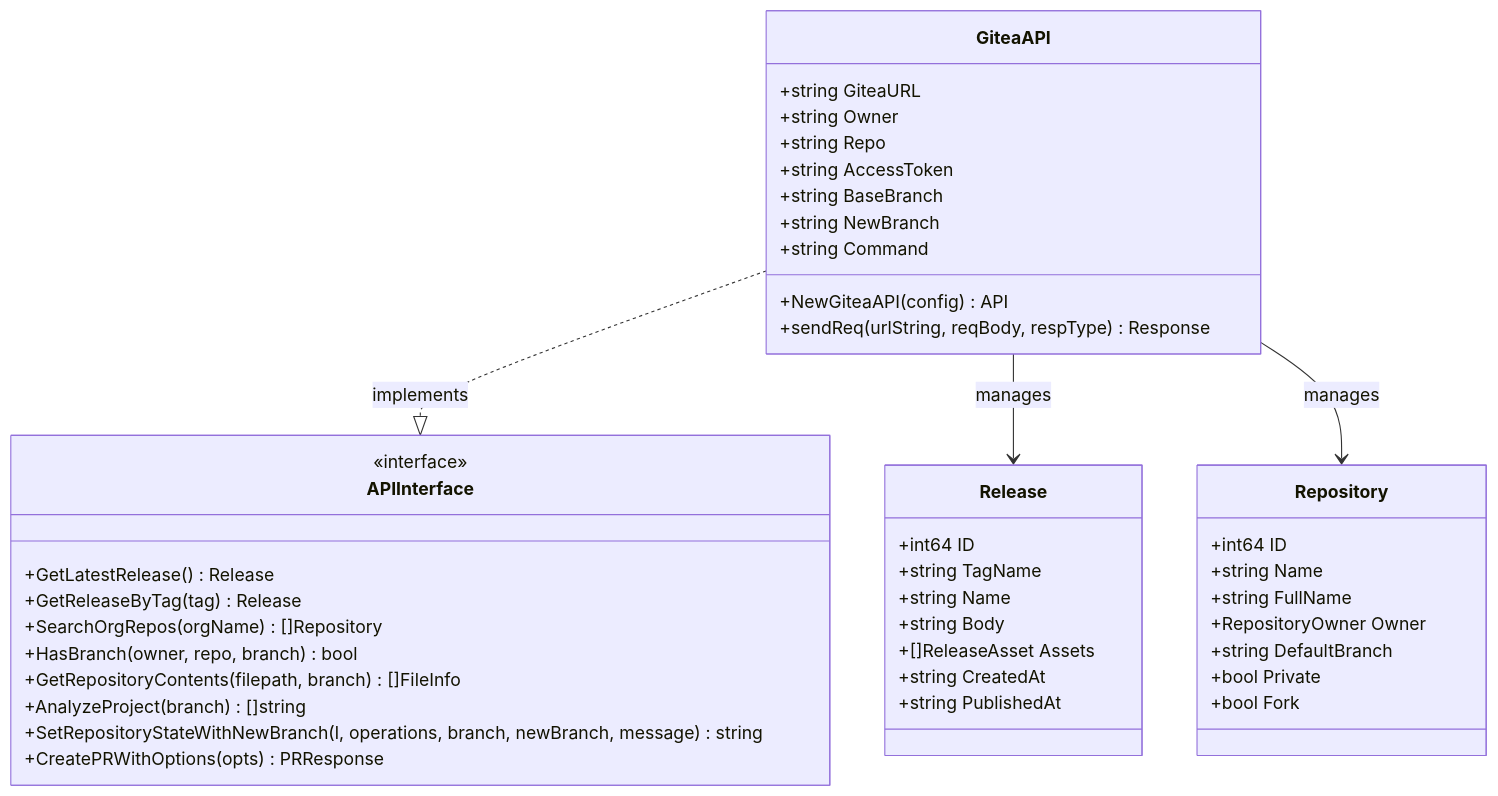
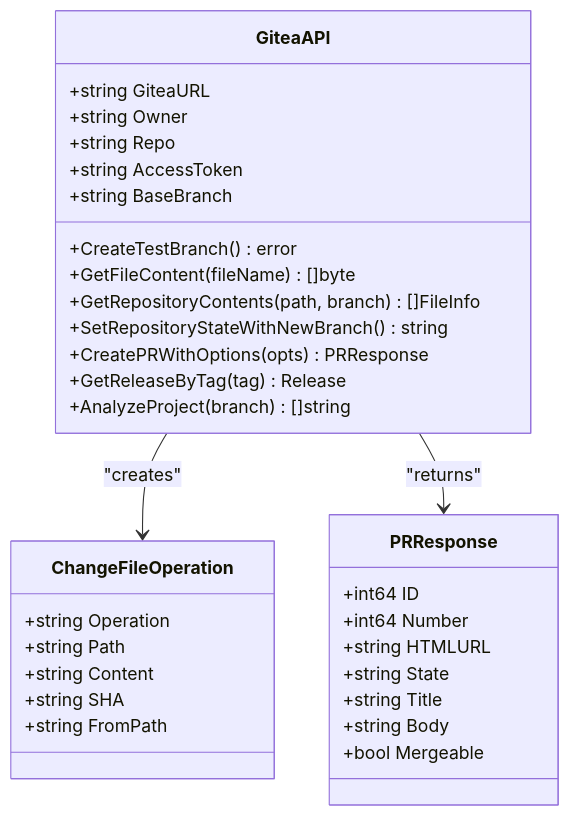
The fifth of 9 diagrams in .qoder/repowiki/en/content/Advanced Integrations/Extension Publishing System.md (Kargones/apk-ci), drawn with Mermaid before and after one commit. The commit also changed other lines of this file and 2036 other files, not shown here.

````diff
--- a/.qoder/repowiki/en/content/Advanced Integrations/Extension Publishing System.md
+++ b/.qoder/repowiki/en/content/Advanced Integrations/Extension Publishing System.md
@@ -292,46 +211,35 @@
 ```mermaid
 classDiagram
 class GiteaAPI {
 +string GiteaURL
 +string Owner
 +string Repo
 +string AccessToken
 +string BaseBranch
-+string NewBranch
-+string Command
-+NewGiteaAPI(config) API
-+sendReq(urlString, reqBody, respType) Response
++CreateTestBranch() error
++GetFileContent(fileName) []byte
++GetRepositoryContents(path, branch) []FileInfo
++SetRepositoryStateWithNewBranch() string
++CreatePRWithOptions(opts) PRResponse
++GetReleaseByTag(tag) Release
++AnalyzeProject(branch) []string
 }
-class APIInterface {
-<<interface>>
-+GetLatestRelease() Release
-+GetReleaseByTag(tag) Release
-+SearchOrgRepos(orgName) []Repository
-+HasBranch(owner, repo, branch) bool
-+GetRepositoryContents(filepath, branch) []FileInfo
-+AnalyzeProject(branch) []string
-+SetRepositoryStateWithNewBranch(l, operations, branch, newBranch, message) string
-+CreatePRWithOptions(opts) PRResponse
+class ChangeFileOperation {
++string Operation
++string Path
++string Content
++string SHA
++string FromPath
 }
-class Release {
+class PRResponse {
 +int64 ID
-+string TagName
-+string Name
++int64 Number
++string HTMLURL
++string State
++string Title
 +string Body
-+[]ReleaseAsset Assets
-+string CreatedAt
-+string PublishedAt
++bool Mergeable
 }
-class Repository {
-+int64 ID
-+string Name
-+string FullName
-+RepositoryOwner Owner
-+string DefaultBranch
-+bool Private
-+bool Fork
-}
-GiteaAPI ..|> APIInterface : implements
-GiteaAPI --> Release : manages
-GiteaAPI --> Repository : manages
+GiteaAPI --> ChangeFileOperation : "creates"
+GiteaAPI --> PRResponse : "returns"
 ```
````
